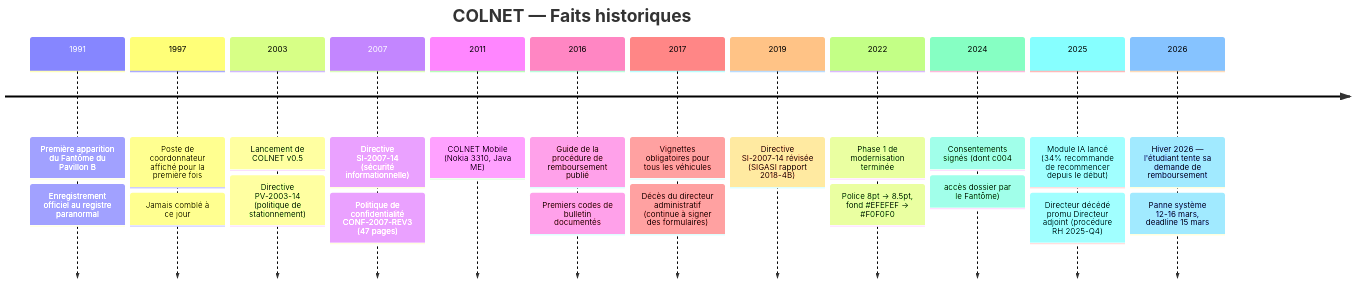
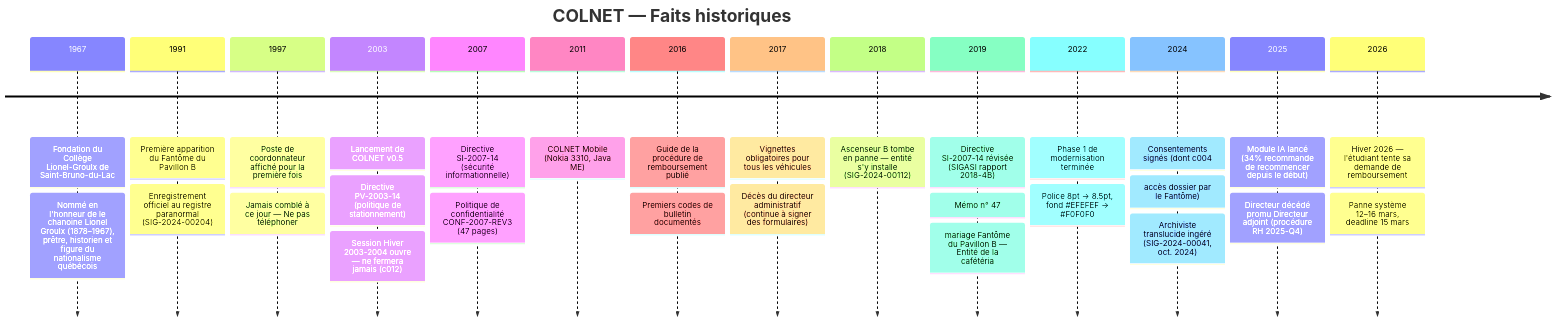
The second of 2 diagrams in docs/lore.md (emil1326/BadAppReact), drawn with Mermaid before and after one commit. The commit also changed other lines of this file and 4 other files, not shown here.

````diff
--- a/docs/lore.md
+++ b/docs/lore.md
@@ -123,25 +213,31 @@
 ```mermaid
 timeline
     title COLNET — Faits historiques
+    1967 : Fondation du Collège Lionel-Groulx de Saint-Bruno-du-Lac
+         : Nommé en l'honneur de le chanoine Lionel Groulx (1878–1967), prêtre, historien et figure du nationalisme québécois
     1991 : Première apparition du Fantôme du Pavillon B
-         : Enregistrement officiel au registre paranormal
+         : Enregistrement officiel au registre paranormal (SIG-2024-00204)
     1997 : Poste de coordonnateur affiché pour la première fois
-         : Jamais comblé à ce jour
+         : Jamais comblé à ce jour — Ne pas téléphoner
     2003 : Lancement de COLNET v0.5
          : Directive PV-2003-14 (politique de stationnement)
+         : Session Hiver 2003-2004 ouvre — ne fermera jamais (c012)
     2007 : Directive SI-2007-14 (sécurité informationnelle)
          : Politique de confidentialité CONF-2007-REV3 (47 pages)
     2011 : COLNET Mobile (Nokia 3310, Java ME)
     2016 : Guide de la procédure de remboursement publié
          : Premiers codes de bulletin documentés
     2017 : Vignettes obligatoires pour tous les véhicules
          : Décès du directeur administratif (continue à signer des formulaires)
+    2018 : Ascenseur B tombe en panne — entité s'y installe (SIG-2024-00112)
     2019 : Directive SI-2007-14 révisée (SIGASI rapport 2018-4B)
+         : Mémo n° 47 : mariage Fantôme du Pavillon B — Entité de la cafétéria
     2022 : Phase 1 de modernisation terminée
          : Police 8pt → 8.5pt, fond #EFEFEF → #F0F0F0
     2024 : Consentements signés (dont c004 : accès dossier par le Fantôme)
+         : Archiviste translucide ingéré (SIG-2024-00041, oct. 2024)
     2025 : Module IA lancé (34% recommande de recommencer depuis le début)
          : Directeur décédé promu Directeur adjoint (procédure RH 2025-Q4)
     2026 : Hiver 2026 — l'étudiant tente sa demande de remboursement
-         : Panne système 12-16 mars, deadline 15 mars
+         : Panne système 12–16 mars, deadline 15 mars
 ```
````
